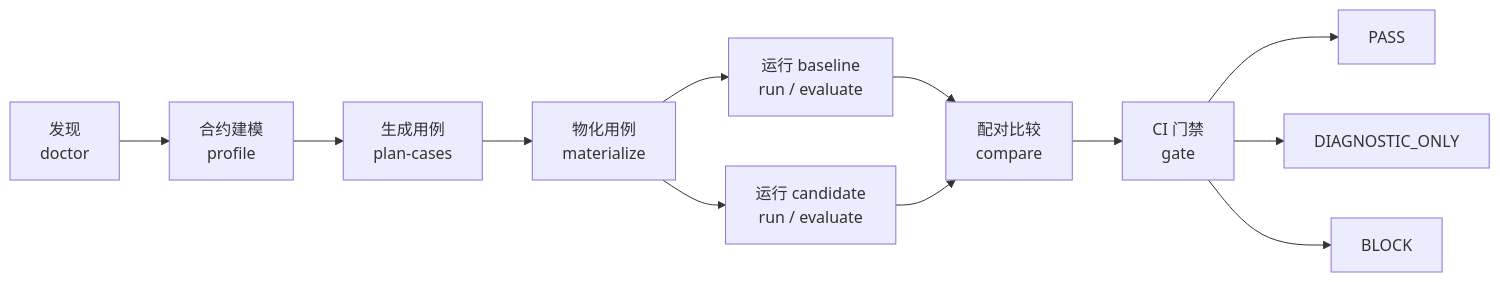
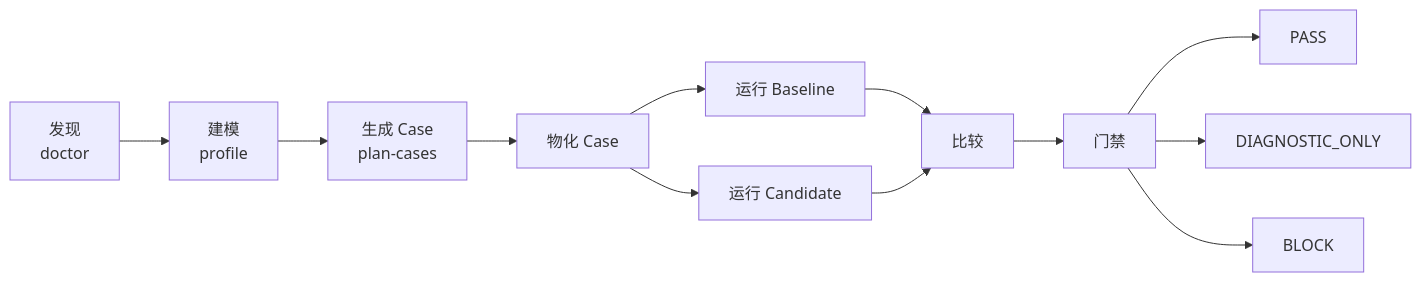
The diagram in README.zh-CN.md (LAwLi3tCoding/agent-workflow-benchmark), drawn with Mermaid before and after one commit. The commit also changed other lines of this file and 104 other files, not shown here.

````diff
--- a/README.zh-CN.md
+++ b/README.zh-CN.md
@@ -36,14 +22,14 @@
 ```mermaid
 flowchart LR
-  A["发现<br/>doctor"] --> B["合约建模<br/>profile"]
-  B --> C["生成用例<br/>plan-cases"]
-  C --> D["物化用例<br/>materialize"]
-  D --> E["运行 baseline<br/>run / evaluate"]
-  D --> F["运行 candidate<br/>run / evaluate"]
-  E --> G["配对比较<br/>compare"]
+  A["发现<br/>doctor"] --> B["建模<br/>profile"]
+  B --> C["生成 Case<br/>plan-cases"]
+  C --> D["物化 Case"]
+  D --> E["运行 Baseline"]
+  D --> F["运行 Candidate"]
+  E --> G["比较"]
   F --> G
-  G --> H["CI 门禁<br/>gate"]
+  G --> H["门禁"]
   H --> I["PASS"]
   H --> J["DIAGNOSTIC_ONLY"]
   H --> K["BLOCK"]
 ```
````
